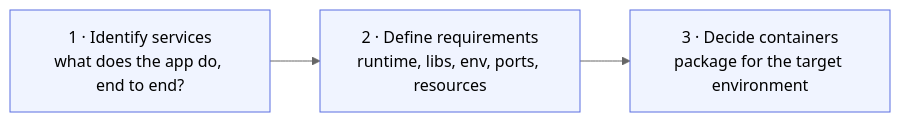
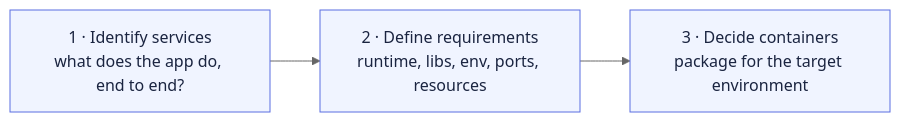
The second of 2 diagrams in chapter_1/l3/README.md (LinkedInLearning/docker-for-local-ai-app-development-build-lightweight-containerized-ai-applications-11189001), drawn with Mermaid (neutral theme) before and after one commit. The commit also changed other lines of this file and 25 other files, not shown here.

````diff
--- a/chapter_1/l3/README.md
+++ b/chapter_1/l3/README.md
@@ -156,10 +156,10 @@
 ```mermaid
 flowchart LR
     S["1 · Identify services<br/>what does the app do, end to end?"]
     R["2 · Define requirements<br/>runtime, libs, env, ports, resources"]
     C["3 · Decide containers<br/>package for the target environment"]
     S --> R --> C
 
-    classDef step fill:#f0f4ff,stroke:#5b6ee1,stroke-width:1px;
+    classDef step fill:#f0f4ff,stroke:#5b6ee1,stroke-width:1px,color:#1a2440;
     class S,R,C step
 ```
````
